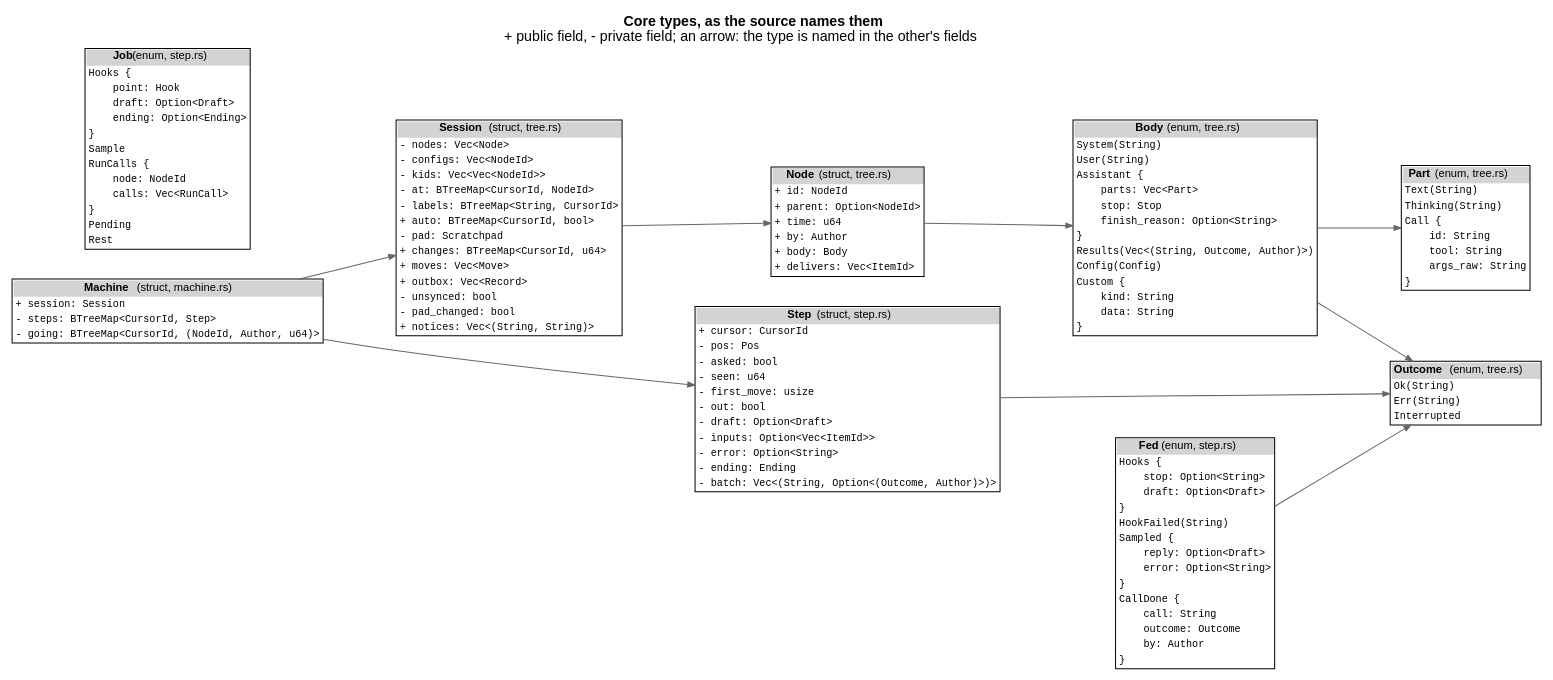
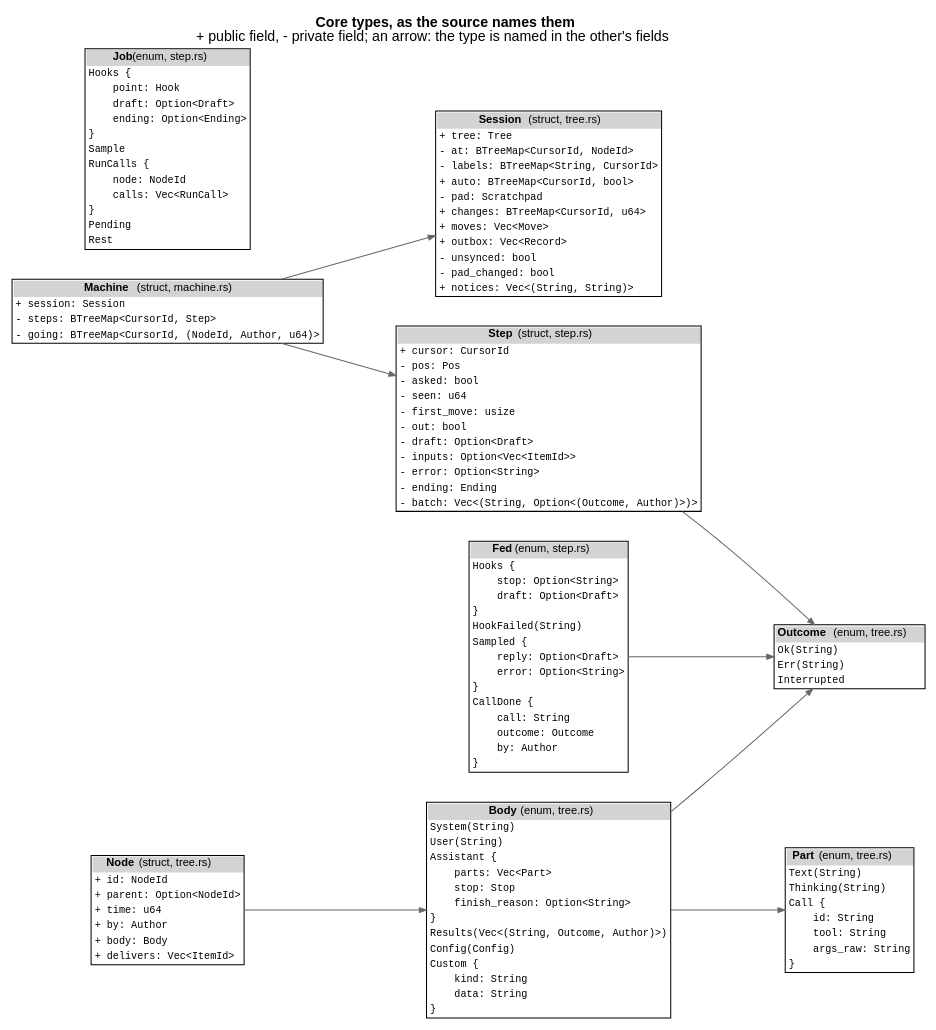
Before and after one commit to jmccardle/tau: the diagram in docs/as-built/diagrams/types.dot, drawn with Graphviz. The commit also changed 27 other files, not shown here.

```diff
--- a/docs/as-built/diagrams/types.dot
+++ b/docs/as-built/diagrams/types.dot
@@ -1,23 +1,22 @@
 // Generated by scripts/diagrams.sh from the Rust source (syn). Do not edit.
 digraph types {
   graph [rankdir=LR, fontname="Helvetica", nodesep=0.4, ranksep=1.0, labelloc=t, label=<<b>Core types, as the source names them</b><br/>+ public field, - private field; an arrow: the type is named in the other's fields>];
   node [shape=plain, fontname="Helvetica", fontsize=11];
   edge [color="gray40", arrowsize=0.7];
   "Body" [label=<<table border="1" cellborder="0" cellspacing="0"><tr><td bgcolor="lightgray"><b>Body</b> (enum, tree.rs)</td></tr><tr><td align="left" balign="left"><font face="Courier" point-size="10">System(String)</font></td></tr><tr><td align="left" balign="left"><font face="Courier" point-size="10">User(String)</font></td></tr><tr><td align="left" balign="left"><font face="Courier" point-size="10">Assistant&nbsp;{</font></td></tr><tr><td align="left" balign="left"><font face="Courier" point-size="10">&nbsp;&nbsp;&nbsp;&nbsp;parts:&nbsp;Vec&lt;Part&gt;</font></td></tr><tr><td align="left" balign="left"><font face="Courier" point-size="10">&nbsp;&nbsp;&nbsp;&nbsp;stop:&nbsp;Stop</font></td></tr><tr><td align="left" balign="left"><font face="Courier" point-size="10">&nbsp;&nbsp;&nbsp;&nbsp;finish_reason:&nbsp;Option&lt;String&gt;</font></td></tr><tr><td align="left" balign="left"><font face="Courier" point-size="10">}</font></td></tr><tr><td align="left" balign="left"><font face="Courier" point-size="10">Results(Vec&lt;(String,&nbsp;Outcome,&nbsp;Author)&gt;)</font></td></tr><tr><td align="left" balign="left"><font face="Courier" point-size="10">Config(Config)</font></td></tr><tr><td align="left" balign="left"><font face="Courier" point-size="10">Custom&nbsp;{</font></td></tr><tr><td align="left" balign="left"><font face="Courier" point-size="10">&nbsp;&nbsp;&nbsp;&nbsp;kind:&nbsp;String</font></td></tr><tr><td align="left" balign="left"><font face="Courier" point-size="10">&nbsp;&nbsp;&nbsp;&nbsp;data:&nbsp;String</font></td></tr><tr><td align="left" balign="left"><font face="Courier" point-size="10">}</font></td></tr></table>>];
   "Node" [label=<<table border="1" cellborder="0" cellspacing="0"><tr><td bgcolor="lightgray"><b>Node</b> (struct, tree.rs)</td></tr><tr><td align="left" balign="left"><font face="Courier" point-size="10">+&nbsp;id:&nbsp;NodeId</font></td></tr><tr><td align="left" balign="left"><font face="Courier" point-size="10">+&nbsp;parent:&nbsp;Option&lt;NodeId&gt;</font></td></tr><tr><td align="left" balign="left"><font face="Courier" point-size="10">+&nbsp;time:&nbsp;u64</font></td></tr><tr><td align="left" balign="left"><font face="Courier" point-size="10">+&nbsp;by:&nbsp;Author</font></td></tr><tr><td align="left" balign="left"><font face="Courier" point-size="10">+&nbsp;body:&nbsp;Body</font></td></tr><tr><td align="left" balign="left"><font face="Courier" point-size="10">+&nbsp;delivers:&nbsp;Vec&lt;ItemId&gt;</font></td></tr></table>>];
-  "Session" [label=<<table border="1" cellborder="0" cellspacing="0"><tr><td bgcolor="lightgray"><b>Session</b> (struct, tree.rs)</td></tr><tr><td align="left" balign="left"><font face="Courier" point-size="10">-&nbsp;nodes:&nbsp;Vec&lt;Node&gt;</font></td></tr><tr><td align="left" balign="left"><font face="Courier" point-size="10">-&nbsp;configs:&nbsp;Vec&lt;NodeId&gt;</font></td></tr><tr><td align="left" balign="left"><font face="Courier" point-size="10">-&nbsp;kids:&nbsp;Vec&lt;Vec&lt;NodeId&gt;&gt;</font></td></tr><tr><td align="left" balign="left"><font face="Courier" point-size="10">-&nbsp;at:&nbsp;BTreeMap&lt;CursorId,&nbsp;NodeId&gt;</font></td></tr><tr><td align="left" balign="left"><font face="Courier" point-size="10">-&nbsp;labels:&nbsp;BTreeMap&lt;String,&nbsp;CursorId&gt;</font></td></tr><tr><td align="left" balign="left"><font face="Courier" point-size="10">+&nbsp;auto:&nbsp;BTreeMap&lt;CursorId,&nbsp;bool&gt;</font></td></tr><tr><td align="left" balign="left"><font face="Courier" point-size="10">-&nbsp;pad:&nbsp;Scratchpad</font></td></tr><tr><td align="left" balign="left"><font face="Courier" point-size="10">+&nbsp;changes:&nbsp;BTreeMap&lt;CursorId,&nbsp;u64&gt;</font></td></tr><tr><td align="left" balign="left"><font face="Courier" point-size="10">+&nbsp;moves:&nbsp;Vec&lt;Move&gt;</font></td></tr><tr><td align="left" balign="left"><font face="Courier" point-size="10">+&nbsp;outbox:&nbsp;Vec&lt;Record&gt;</font></td></tr><tr><td align="left" balign="left"><font face="Courier" point-size="10">-&nbsp;unsynced:&nbsp;bool</font></td></tr><tr><td align="left" balign="left"><font face="Courier" point-size="10">-&nbsp;pad_changed:&nbsp;bool</font></td></tr><tr><td align="left" balign="left"><font face="Courier" point-size="10">+&nbsp;notices:&nbsp;Vec&lt;(String,&nbsp;String)&gt;</font></td></tr></table>>];
+  "Session" [label=<<table border="1" cellborder="0" cellspacing="0"><tr><td bgcolor="lightgray"><b>Session</b> (struct, tree.rs)</td></tr><tr><td align="left" balign="left"><font face="Courier" point-size="10">+&nbsp;tree:&nbsp;Tree</font></td></tr><tr><td align="left" balign="left"><font face="Courier" point-size="10">-&nbsp;at:&nbsp;BTreeMap&lt;CursorId,&nbsp;NodeId&gt;</font></td></tr><tr><td align="left" balign="left"><font face="Courier" point-size="10">-&nbsp;labels:&nbsp;BTreeMap&lt;String,&nbsp;CursorId&gt;</font></td></tr><tr><td align="left" balign="left"><font face="Courier" point-size="10">+&nbsp;auto:&nbsp;BTreeMap&lt;CursorId,&nbsp;bool&gt;</font></td></tr><tr><td align="left" balign="left"><font face="Courier" point-size="10">-&nbsp;pad:&nbsp;Scratchpad</font></td></tr><tr><td align="left" balign="left"><font face="Courier" point-size="10">+&nbsp;changes:&nbsp;BTreeMap&lt;CursorId,&nbsp;u64&gt;</font></td></tr><tr><td align="left" balign="left"><font face="Courier" point-size="10">+&nbsp;moves:&nbsp;Vec&lt;Move&gt;</font></td></tr><tr><td align="left" balign="left"><font face="Courier" point-size="10">+&nbsp;outbox:&nbsp;Vec&lt;Record&gt;</font></td></tr><tr><td align="left" balign="left"><font face="Courier" point-size="10">-&nbsp;unsynced:&nbsp;bool</font></td></tr><tr><td align="left" balign="left"><font face="Courier" point-size="10">-&nbsp;pad_changed:&nbsp;bool</font></td></tr><tr><td align="left" balign="left"><font face="Courier" point-size="10">+&nbsp;notices:&nbsp;Vec&lt;(String,&nbsp;String)&gt;</font></td></tr></table>>];
   "Machine" [label=<<table border="1" cellborder="0" cellspacing="0"><tr><td bgcolor="lightgray"><b>Machine</b> (struct, machine.rs)</td></tr><tr><td align="left" balign="left"><font face="Courier" point-size="10">+&nbsp;session:&nbsp;Session</font></td></tr><tr><td align="left" balign="left"><font face="Courier" point-size="10">-&nbsp;steps:&nbsp;BTreeMap&lt;CursorId,&nbsp;Step&gt;</font></td></tr><tr><td align="left" balign="left"><font face="Courier" point-size="10">-&nbsp;going:&nbsp;BTreeMap&lt;CursorId,&nbsp;(NodeId,&nbsp;Author,&nbsp;u64)&gt;</font></td></tr></table>>];
   "Step" [label=<<table border="1" cellborder="0" cellspacing="0"><tr><td bgcolor="lightgray"><b>Step</b> (struct, step.rs)</td></tr><tr><td align="left" balign="left"><font face="Courier" point-size="10">+&nbsp;cursor:&nbsp;CursorId</font></td></tr><tr><td align="left" balign="left"><font face="Courier" point-size="10">-&nbsp;pos:&nbsp;Pos</font></td></tr><tr><td align="left" balign="left"><font face="Courier" point-size="10">-&nbsp;asked:&nbsp;bool</font></td></tr><tr><td align="left" balign="left"><font face="Courier" point-size="10">-&nbsp;seen:&nbsp;u64</font></td></tr><tr><td align="left" balign="left"><font face="Courier" point-size="10">-&nbsp;first_move:&nbsp;usize</font></td></tr><tr><td align="left" balign="left"><font face="Courier" point-size="10">-&nbsp;out:&nbsp;bool</font></td></tr><tr><td align="left" balign="left"><font face="Courier" point-size="10">-&nbsp;draft:&nbsp;Option&lt;Draft&gt;</font></td></tr><tr><td align="left" balign="left"><font face="Courier" point-size="10">-&nbsp;inputs:&nbsp;Option&lt;Vec&lt;ItemId&gt;&gt;</font></td></tr><tr><td align="left" balign="left"><font face="Courier" point-size="10">-&nbsp;error:&nbsp;Option&lt;String&gt;</font></td></tr><tr><td align="left" balign="left"><font face="Courier" point-size="10">-&nbsp;ending:&nbsp;Ending</font></td></tr><tr><td align="left" balign="left"><font face="Courier" point-size="10">-&nbsp;batch:&nbsp;Vec&lt;(String,&nbsp;Option&lt;(Outcome,&nbsp;Author)&gt;)&gt;</font></td></tr></table>>];
   "Job" [label=<<table border="1" cellborder="0" cellspacing="0"><tr><td bgcolor="lightgray"><b>Job</b> (enum, step.rs)</td></tr><tr><td align="left" balign="left"><font face="Courier" point-size="10">Hooks&nbsp;{</font></td></tr><tr><td align="left" balign="left"><font face="Courier" point-size="10">&nbsp;&nbsp;&nbsp;&nbsp;point:&nbsp;Hook</font></td></tr><tr><td align="left" balign="left"><font face="Courier" point-size="10">&nbsp;&nbsp;&nbsp;&nbsp;draft:&nbsp;Option&lt;Draft&gt;</font></td></tr><tr><td align="left" balign="left"><font face="Courier" point-size="10">&nbsp;&nbsp;&nbsp;&nbsp;ending:&nbsp;Option&lt;Ending&gt;</font></td></tr><tr><td align="left" balign="left"><font face="Courier" point-size="10">}</font></td></tr><tr><td align="left" balign="left"><font face="Courier" point-size="10">Sample</font></td></tr><tr><td align="left" balign="left"><font face="Courier" point-size="10">RunCalls&nbsp;{</font></td></tr><tr><td align="left" balign="left"><font face="Courier" point-size="10">&nbsp;&nbsp;&nbsp;&nbsp;node:&nbsp;NodeId</font></td></tr><tr><td align="left" balign="left"><font face="Courier" point-size="10">&nbsp;&nbsp;&nbsp;&nbsp;calls:&nbsp;Vec&lt;RunCall&gt;</font></td></tr><tr><td align="left" balign="left"><font face="Courier" point-size="10">}</font></td></tr><tr><td align="left" balign="left"><font face="Courier" point-size="10">Pending</font></td></tr><tr><td align="left" balign="left"><font face="Courier" point-size="10">Rest</font></td></tr></table>>];
   "Fed" [label=<<table border="1" cellborder="0" cellspacing="0"><tr><td bgcolor="lightgray"><b>Fed</b> (enum, step.rs)</td></tr><tr><td align="left" balign="left"><font face="Courier" point-size="10">Hooks&nbsp;{</font></td></tr><tr><td align="left" balign="left"><font face="Courier" point-size="10">&nbsp;&nbsp;&nbsp;&nbsp;stop:&nbsp;Option&lt;String&gt;</font></td></tr><tr><td align="left" balign="left"><font face="Courier" point-size="10">&nbsp;&nbsp;&nbsp;&nbsp;draft:&nbsp;Option&lt;Draft&gt;</font></td></tr><tr><td align="left" balign="left"><font face="Courier" point-size="10">}</font></td></tr><tr><td align="left" balign="left"><font face="Courier" point-size="10">HookFailed(String)</font></td></tr><tr><td align="left" balign="left"><font face="Courier" point-size="10">Sampled&nbsp;{</font></td></tr><tr><td align="left" balign="left"><font face="Courier" point-size="10">&nbsp;&nbsp;&nbsp;&nbsp;reply:&nbsp;Option&lt;Draft&gt;</font></td></tr><tr><td align="left" balign="left"><font face="Courier" point-size="10">&nbsp;&nbsp;&nbsp;&nbsp;error:&nbsp;Option&lt;String&gt;</font></td></tr><tr><td align="left" balign="left"><font face="Courier" point-size="10">}</font></td></tr><tr><td align="left" balign="left"><font face="Courier" point-size="10">CallDone&nbsp;{</font></td></tr><tr><td align="left" balign="left"><font face="Courier" point-size="10">&nbsp;&nbsp;&nbsp;&nbsp;call:&nbsp;String</font></td></tr><tr><td align="left" balign="left"><font face="Courier" point-size="10">&nbsp;&nbsp;&nbsp;&nbsp;outcome:&nbsp;Outcome</font></td></tr><tr><td align="left" balign="left"><font face="Courier" point-size="10">&nbsp;&nbsp;&nbsp;&nbsp;by:&nbsp;Author</font></td></tr><tr><td align="left" balign="left"><font face="Courier" point-size="10">}</font></td></tr></table>>];
   "Outcome" [label=<<table border="1" cellborder="0" cellspacing="0"><tr><td bgcolor="lightgray"><b>Outcome</b> (enum, tree.rs)</td></tr><tr><td align="left" balign="left"><font face="Courier" point-size="10">Ok(String)</font></td></tr><tr><td align="left" balign="left"><font face="Courier" point-size="10">Err(String)</font></td></tr><tr><td align="left" balign="left"><font face="Courier" point-size="10">Interrupted</font></td></tr></table>>];
   "Part" [label=<<table border="1" cellborder="0" cellspacing="0"><tr><td bgcolor="lightgray"><b>Part</b> (enum, tree.rs)</td></tr><tr><td align="left" balign="left"><font face="Courier" point-size="10">Text(String)</font></td></tr><tr><td align="left" balign="left"><font face="Courier" point-size="10">Thinking(String)</font></td></tr><tr><td align="left" balign="left"><font face="Courier" point-size="10">Call&nbsp;{</font></td></tr><tr><td align="left" balign="left"><font face="Courier" point-size="10">&nbsp;&nbsp;&nbsp;&nbsp;id:&nbsp;String</font></td></tr><tr><td align="left" balign="left"><font face="Courier" point-size="10">&nbsp;&nbsp;&nbsp;&nbsp;tool:&nbsp;String</font></td></tr><tr><td align="left" balign="left"><font face="Courier" point-size="10">&nbsp;&nbsp;&nbsp;&nbsp;args_raw:&nbsp;String</font></td></tr><tr><td align="left" balign="left"><font face="Courier" point-size="10">}</font></td></tr></table>>];
   "Body" -> "Part";
   "Body" -> "Outcome";
   "Node" -> "Body";
-  "Session" -> "Node";
   "Machine" -> "Session";
   "Machine" -> "Step";
   "Step" -> "Outcome";
   "Fed" -> "Outcome";
 }
```
